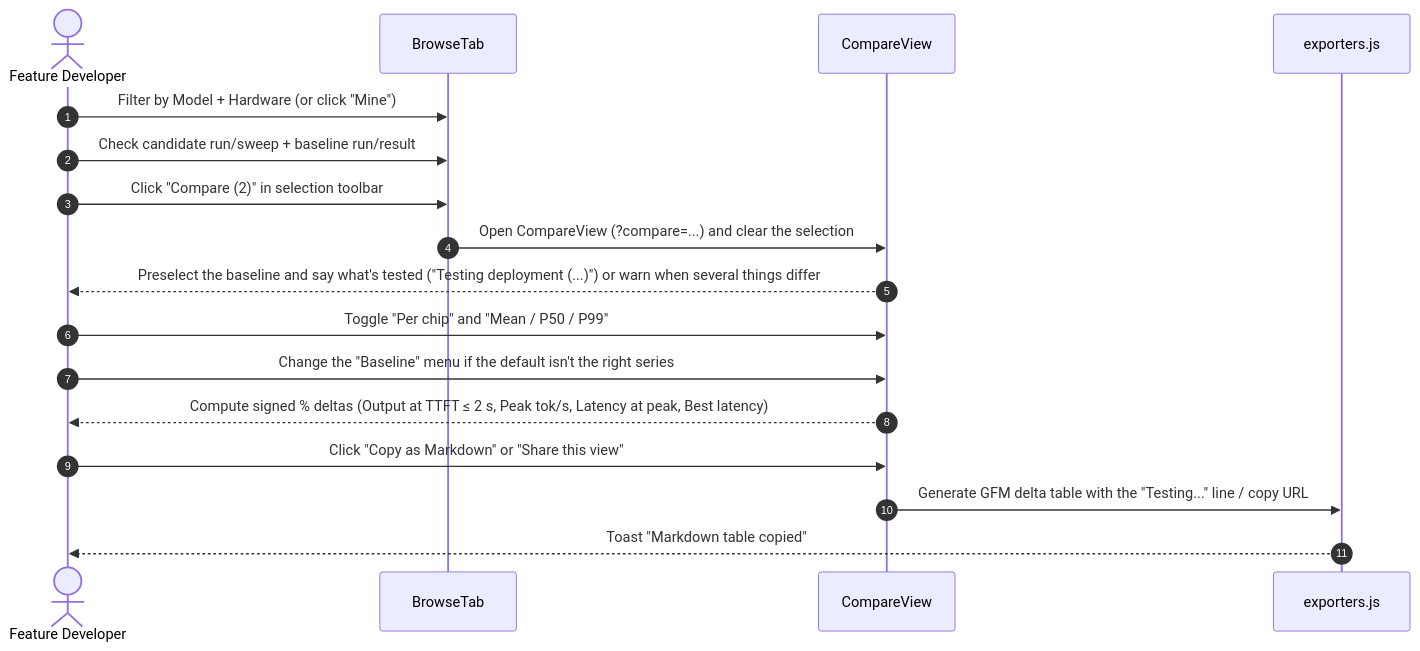
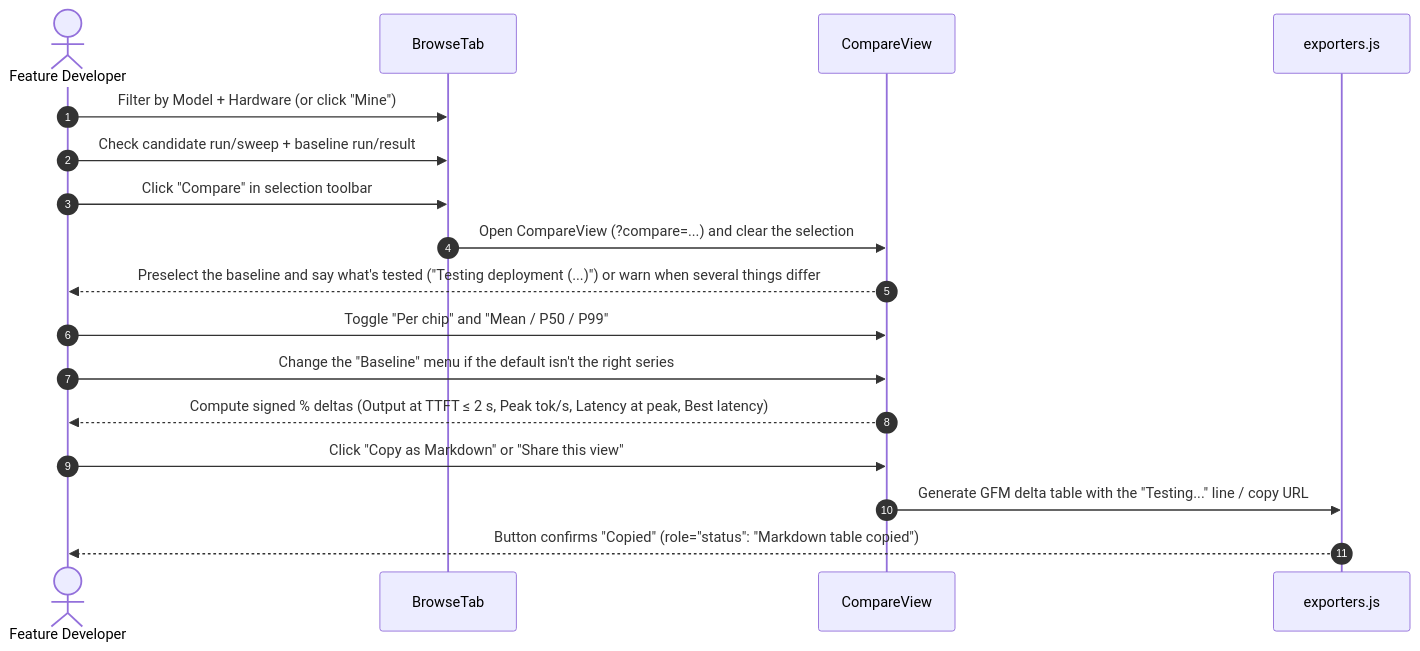
One commit to Raji14/llm-d-prism changed the second of 3 diagrams in specs/changes/results-store-ui/ui_spec.md. Above: the diagram before and after it, drawn with Mermaid. The commit also changed other lines of this file and 3 other files, not shown here.

````diff
--- a/specs/changes/results-store-ui/ui_spec.md
+++ b/specs/changes/results-store-ui/ui_spec.md
@@ -302,20 +309,20 @@
 ```mermaid
 sequenceDiagram
     autonumber
     actor Dev as Feature Developer
     participant Browse as BrowseTab
     participant Compare as CompareView
     participant Export as exporters.js
 
     Dev->>Browse: Filter by Model + Hardware (or click "Mine")
     Dev->>Browse: Check candidate run/sweep + baseline run/result
-    Dev->>Browse: Click "Compare (2)" in selection toolbar
+    Dev->>Browse: Click "Compare" in selection toolbar
     Browse->>Compare: Open CompareView (?compare=...) and clear the selection
     Compare-->>Dev: Preselect the baseline and say what's tested ("Testing deployment (...)") or warn when several things differ
     Dev->>Compare: Toggle "Per chip" and "Mean / P50 / P99"
     Dev->>Compare: Change the "Baseline" menu if the default isn't the right series
     Compare-->>Dev: Compute signed % deltas (Output at TTFT ≤ 2 s, Peak tok/s, Latency at peak, Best latency)
     Dev->>Compare: Click "Copy as Markdown" or "Share this view"
     Compare->>Export: Generate GFM delta table with the "Testing..." line / copy URL
-    Export-->>Dev: Toast "Markdown table copied"
+    Export-->>Dev: Button confirms "Copied" (role="status": "Markdown table copied")
 ```
````
